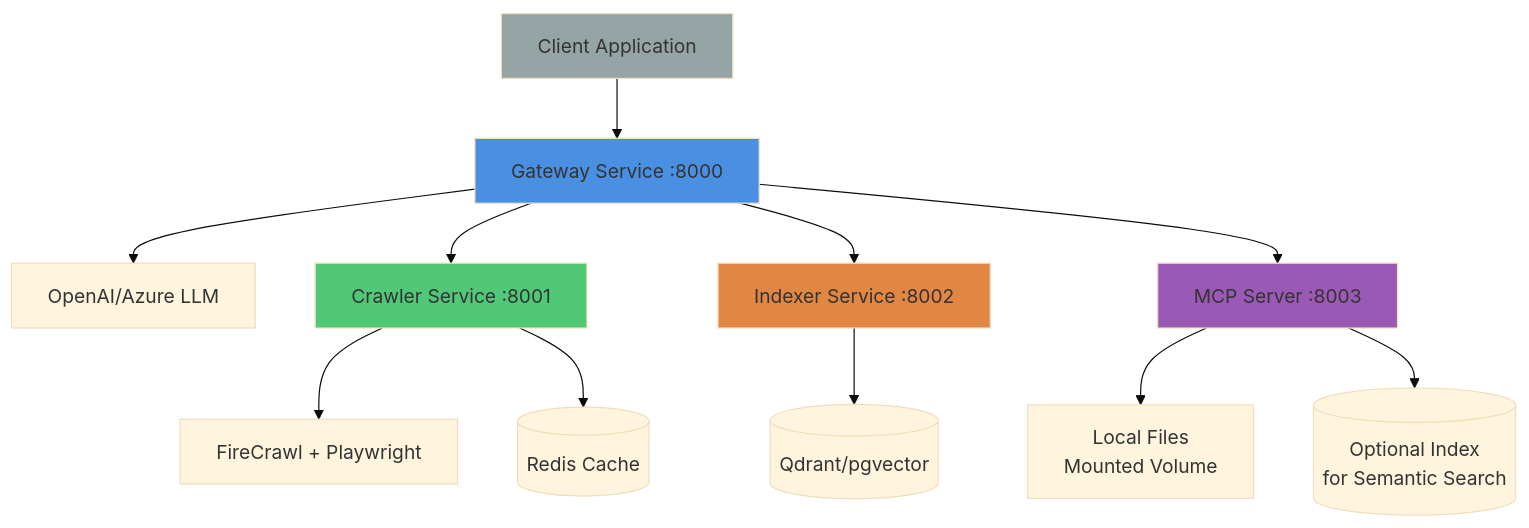
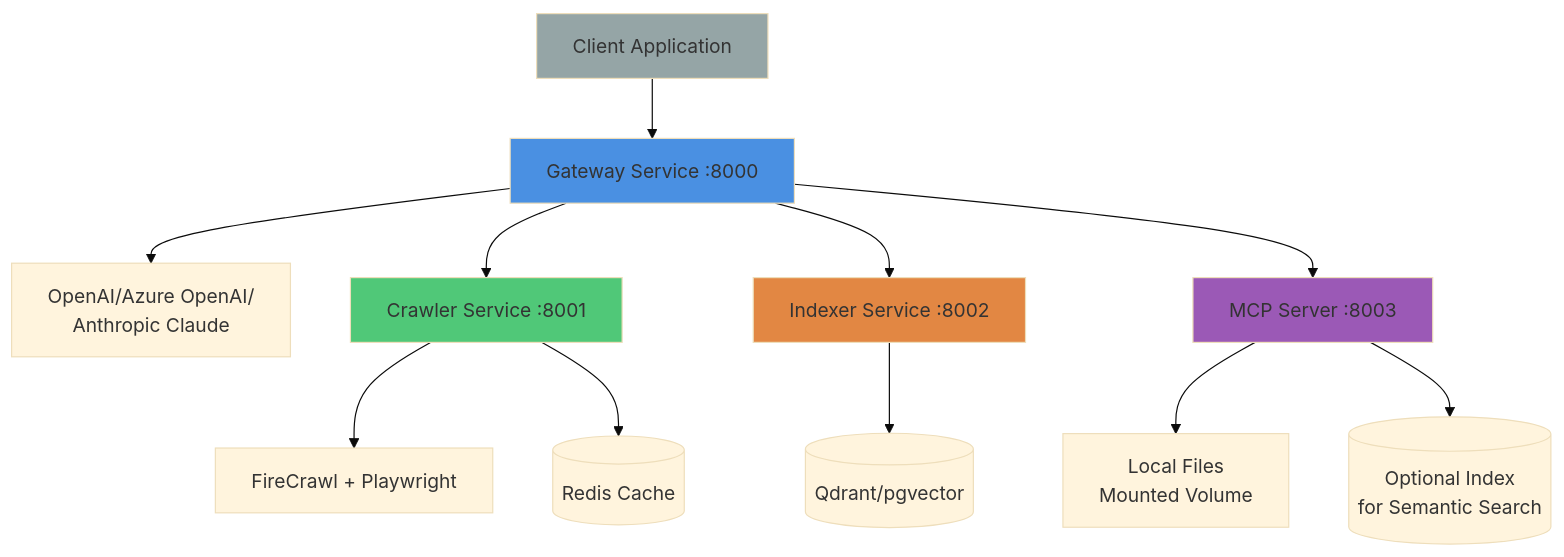
Before and after one commit to shushenglihotmail/LLMCrawl: the first of 2 diagrams in README.md, drawn with Mermaid (base theme). The commit also changed other lines of this file and 13 other files, not shown here.

First line of the commit message:
feat: Add multi-provider LLM support (OpenAI, Azure OpenAI, Anthropic Claude)

````diff
--- a/README.md
+++ b/README.md
@@ -19,22 +19,22 @@
 ```mermaid
 graph TB
     Client[Client Application] --> Gateway[Gateway Service :8000]
-    Gateway --> LLM[OpenAI/Azure LLM]
+    Gateway --> LLM[OpenAI/Azure OpenAI/<br/>Anthropic Claude]
     Gateway --> Crawler[Crawler Service :8001]
     Gateway --> Indexer[Indexer Service :8002]
     Gateway --> MCP[MCP Server :8003]
 
     Crawler --> FireCrawl[FireCrawl + Playwright]
     Crawler --> Redis[(Redis Cache)]
 
     Indexer --> VectorDB[(Qdrant/pgvector)]
 
     MCP --> LocalFiles[Local Files<br/>Mounted Volume]
     MCP --> MCPIndex[(Optional Index<br/>for Semantic Search)]
 
     style Gateway fill:#4A90E2
     style Crawler fill:#50C878
     style Indexer fill:#E28743
     style MCP fill:#9B59B6
     style Client fill:#95A5A6
 ```
````
